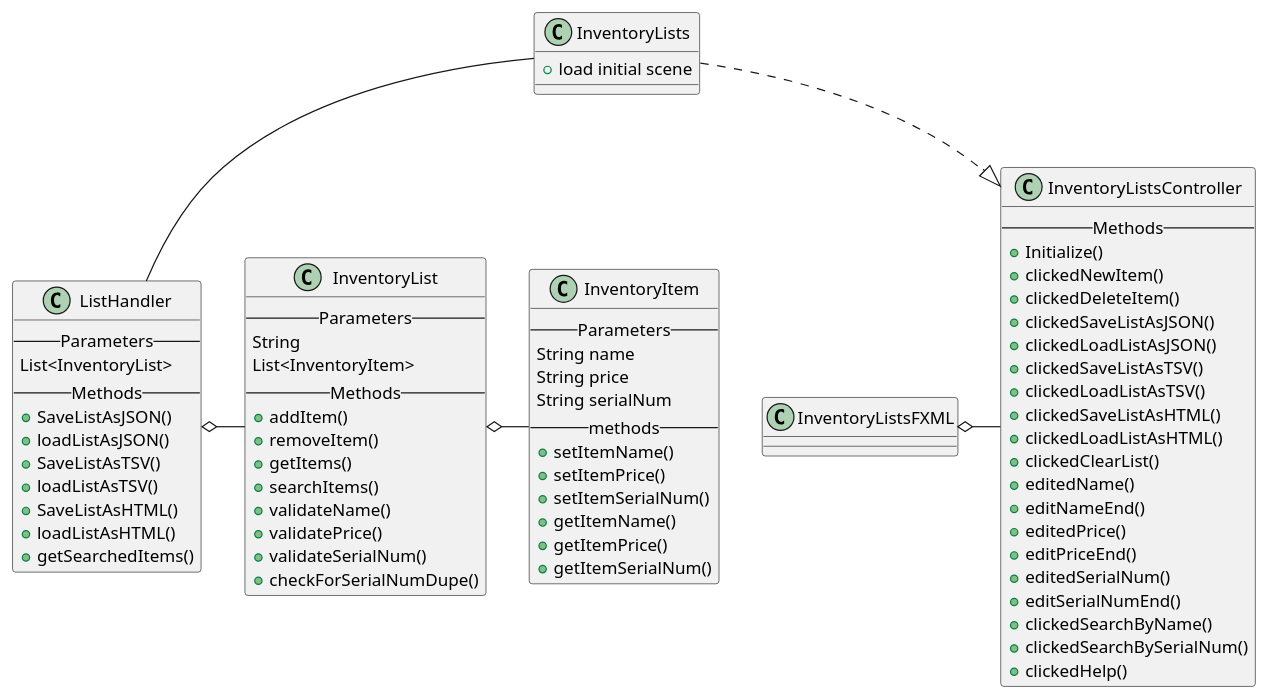
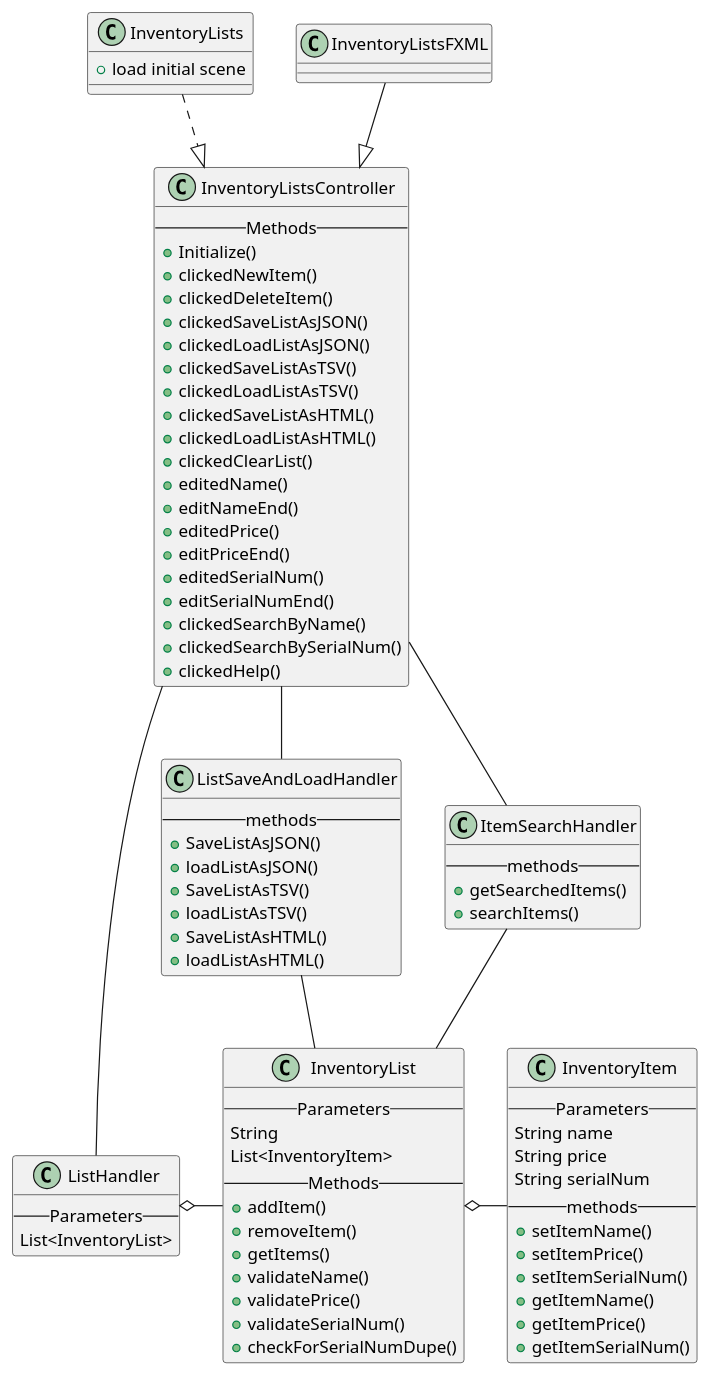
Before and after one commit to K-Schiffli/Schiffli-5856-a5: the diagram in src/uml/Assignment04.puml, drawn with PlantUML. The commit also changed 10 other files, not shown here.

Commit message:
Refactored class structure, moved save/load and search functions into separate handlers. Added readme.md. Completed test cases.

```diff
--- a/src/uml/Assignment04.puml
+++ b/src/uml/Assignment04.puml
@@ -1,79 +1,90 @@
 @startuml
 'https://plantuml.com/class-diagram
 
 Class InventoryLists{
 +load initial scene
 }
 
 Class InventoryListsController{
 --Methods--
 +Initialize()
 +clickedNewItem()
 +clickedDeleteItem()
 +clickedSaveListAsJSON()
 +clickedLoadListAsJSON()
 +clickedSaveListAsTSV()
 +clickedLoadListAsTSV()
 +clickedSaveListAsHTML()
 +clickedLoadListAsHTML()
 +clickedClearList()
 +editedName()
 +editNameEnd()
 +editedPrice()
 +editPriceEnd()
 +editedSerialNum()
 +editSerialNumEnd()
 +clickedSearchByName()
 +clickedSearchBySerialNum()
 +clickedHelp()
 }
 
 Class ListHandler{
 --Parameters--
 List<InventoryList>
---Methods--
-+SaveListAsJSON()
-+loadListAsJSON()
-+SaveListAsTSV()
-+loadListAsTSV()
-+SaveListAsHTML()
-+loadListAsHTML()
-+getSearchedItems()
 }
 
 Class InventoryList{
 --Parameters--
 String
 List<InventoryItem>
 --Methods--
 +addItem()
 +removeItem()
 +getItems()
-+searchItems()
 +validateName()
 +validatePrice()
 +validateSerialNum()
 +checkForSerialNumDupe()
 }
 
 Class InventoryItem{
 --Parameters--
 String name
 String price
 String serialNum
 --methods--
 +setItemName()
 +setItemPrice()
 +setItemSerialNum()
 +getItemName()
 +getItemPrice()
 +getItemSerialNum()
 }
 
+Class ListSaveAndLoadHandler{
+--methods--
++SaveListAsJSON()
++loadListAsJSON()
++SaveListAsTSV()
++loadListAsTSV()
++SaveListAsHTML()
++loadListAsHTML()
+}
+
+Class ItemSearchHandler{
+--methods--
++getSearchedItems()
++searchItems()
+}
+
 InventoryLists ..|> InventoryListsController
-InventoryLists -- ListHandler
+InventoryListsController -- ListHandler
 ListHandler o- InventoryList
 InventoryList o- InventoryItem
-InventoryListsFXML o- InventoryListsController
+InventoryListsFXML --|> InventoryListsController
+ItemSearchHandler -- InventoryList
+ListSaveAndLoadHandler -- InventoryList
+InventoryListsController -- ItemSearchHandler
+InventoryListsController -- ListSaveAndLoadHandler
 
 @enduml
```
